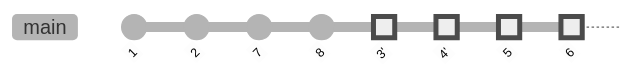
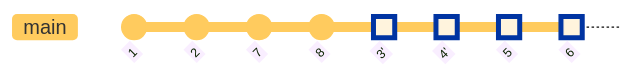
Before and after one commit to maquinadeturing/lamaquinadeturing.su: the fifth of 5 diagrams in _posts/en/2024-10-05-git-rebase-onto.markdown, drawn with Mermaid. The commit also changed other lines of this file and 2 other files, not shown here.

Commit message:
Replace Mermaid code with SVG during build

```diff
--- a/_posts/en/2024-10-05-git-rebase-onto.markdown
+++ b/_posts/en/2024-10-05-git-rebase-onto.markdown
@@ -176,12 +171,12 @@
 <pre class="mermaid">
-%%{init: { 'theme': 'neutral' } }%%
+%%{init: { 'theme': 'base' } }%%
 gitGraph
     commit id: "1"
     commit id: "2"
     commit id: "7"
     commit id: "8"
     commit id: "3'" type: HIGHLIGHT
     commit id: "4'" type: HIGHLIGHT
     commit id: "5" type: HIGHLIGHT
     commit id: "6" type: HIGHLIGHT
 </pre>
```
